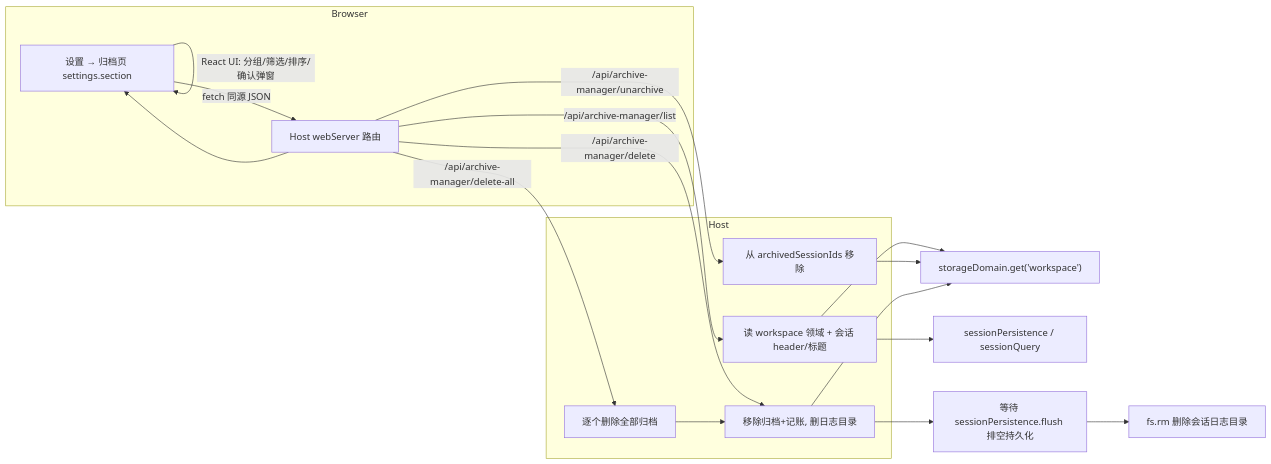
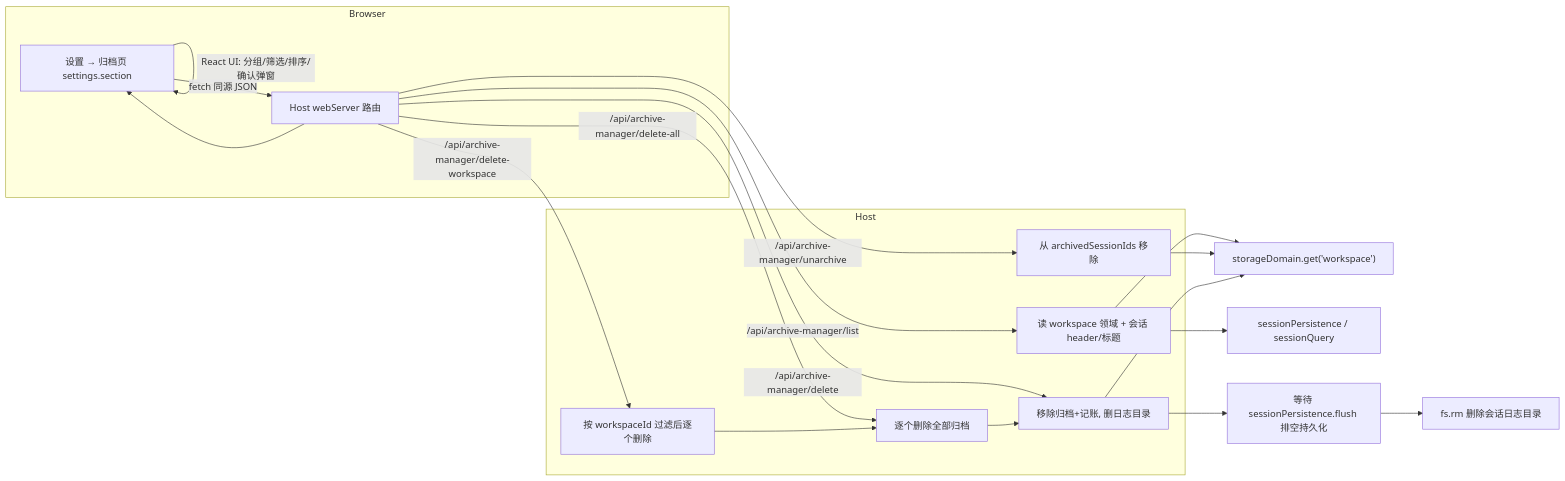
Before and after one commit to Ycet/dsh-archive-manager: the diagram in README.md, drawn with Mermaid. The commit also changed other lines of this file and 6 other files, not shown here.

First line of the commit message:
feat(archive): add per-workspace bulk delete

````diff
--- a/README.md
+++ b/README.md
@@ -142,23 +146,25 @@
 ```mermaid
 flowchart LR
     subgraph Browser
         A["设置 → 归档页 settings.section"] -->|"fetch 同源 JSON"| R
         A -->|"React UI: 分组/筛选/排序/确认弹窗"| A
         R["Host webServer 路由"] --> A
     end
 
     subgraph Host
         R -->|"/api/archive-manager/list"| H1["读 workspace 领域 + 会话 header/标题"]
         R -->|"/api/archive-manager/unarchive"| H2["从 archivedSessionIds 移除"]
         R -->|"/api/archive-manager/delete"| H3["移除归档+记账, 删日志目录"]
         R -->|"/api/archive-manager/delete-all"| H4["逐个删除全部归档"]
+        R -->|"/api/archive-manager/delete-workspace"| H5["按 workspaceId 过滤后逐个删除"]
     end
 
     H1 --> WS["storageDomain.get('workspace')"]
     H1 --> SP["sessionPersistence / sessionQuery"]
     H2 --> WS
     H3 --> WS
     H3 --> FL["等待 sessionPersistence.flush 排空持久化"]
     FL --> FS["fs.rm 删除会话日志目录"]
     H4 --> H3
+    H5 --> H4
 ```
````
